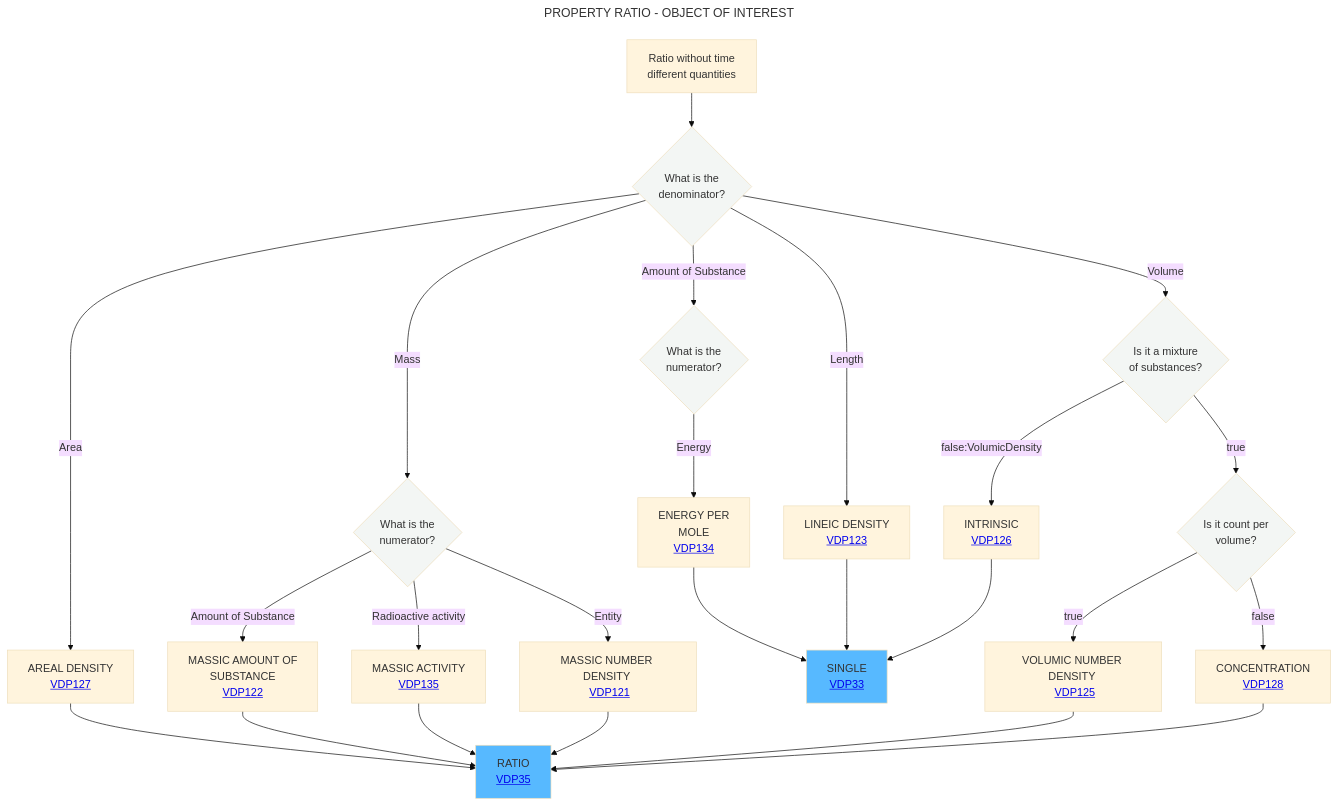
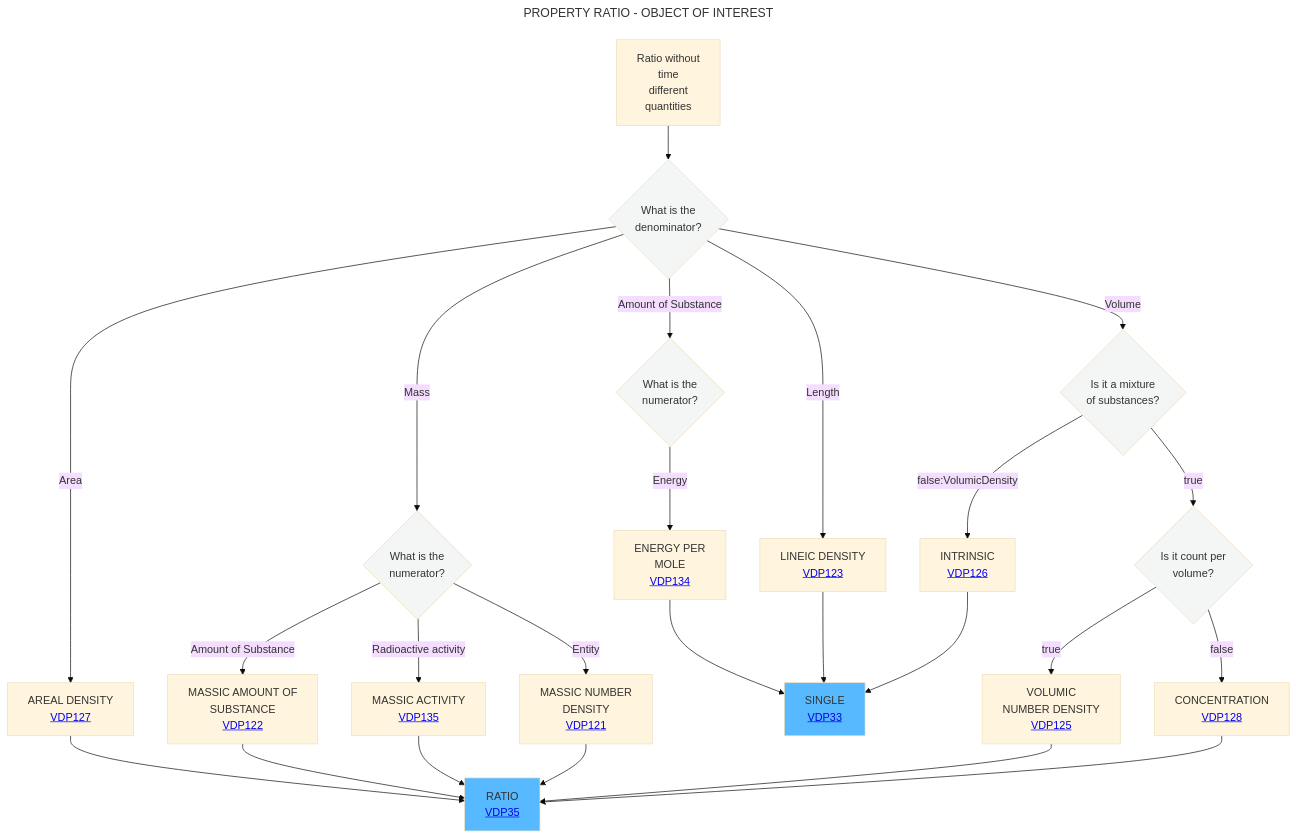
Before and after one commit to mabablue/I-ADOPT-patterns-playground: the diagram in Decision_trees/DT5.mmd, drawn with Mermaid (base theme).

Commit message:
Fix formatting in DT5.mmd flowchart

```diff
--- a/Decision_trees/DT5.mmd
+++ b/Decision_trees/DT5.mmd
@@ -1,31 +1,31 @@
 ---
 title: PROPERTY RATIO - OBJECT OF INTEREST
 ---
 flowchart TD
-    A[Ratio without time <br> different quantities] --> B{What is the <br> denominator?}:::white
+    A[Ratio without <br> time <br> different <br> quantities] --> B{What is the <br> denominator?}:::white
     B -- Area -->C[AREAL DENSITY <br> <a href='https://github.com/mabablue/I-ADOPT-patterns-playground/blob/main/pattern/VDP127.yaml'>VDP127</a>]
     B -- Mass -->E{What is the <br> numerator?}:::white
     B -- Amount of Substance --> R{What is the <br> numerator?}:::white
     B -- Length -->D[LINEIC DENSITY <br> <a href='https://github.com/mabablue/I-ADOPT-patterns-playground/blob/main/pattern/VDP123.yaml'>VDP123</a>]
     E -- Amount of Substance --> P[MASSIC AMOUNT OF <br> SUBSTANCE <br> <a href='https://github.com/mabablue/I-ADOPT-patterns-playground/blob/main/pattern/VDP122.yaml'>VDP122</a>]
     E -- Radioactive activity --> Q[MASSIC ACTIVITY <br> <a href='https://github.com/mabablue/I-ADOPT-patterns-playground/blob/main/pattern/VDP135.yaml'>VDP135</a>]
-    E -- Entity --> L[MASSIC NUMBER DENSITY <br> <a href='https://github.com/mabablue/I-ADOPT-patterns-playground/blob/main/pattern/VDP121.yaml'>VDP121</a>]
+    E -- Entity --> L[MASSIC NUMBER  <br> DENSITY <br> <a href='https://github.com/mabablue/I-ADOPT-patterns-playground/blob/main/pattern/VDP121.yaml'>VDP121</a>]
     B -- Volume -->G{Is it a mixture <br> of substances?}:::white
     G -- false:VolumicDensity-->H[INTRINSIC <br> <a href='https://github.com/mabablue/I-ADOPT-patterns-playground/blob/main/pattern/VDP126.yaml'>VDP126</a>]
     G--> |true|J{Is it count per <br>  volume?}:::white
-    J --> |true|I[VOLUMIC NUMBER DENSITY <br> <a href='https://github.com/mabablue/I-ADOPT-patterns-playground/blob/main/pattern/VDP125.yaml'>VDP125</a>]
+    J --> |true|I[VOLUMIC <br> NUMBER DENSITY <br> <a href='https://github.com/mabablue/I-ADOPT-patterns-playground/blob/main/pattern/VDP125.yaml'>VDP125</a>]
     J --> |false|M[CONCENTRATION <br> <a href='https://github.com/mabablue/I-ADOPT-patterns-playground/blob/main/pattern/VDP128.yaml'>VDP128</a>]
     I --> N
     C --> N[RATIO <br> <a href='https://github.com/mabablue/I-ADOPT-patterns-playground/blob/main/pattern/VDP35.yaml'>VDP35</a>]:::satblue
     D --> O[SINGLE <br> <a href='https://github.com/mabablue/I-ADOPT-patterns-playground/blob/main/pattern/VDP33.yaml'>VDP33</a>]:::satblue
     R -- Energy --> S[ENERGY PER <br> MOLE <br> <a href='https://github.com/mabablue/I-ADOPT-patterns-playground/blob/main/pattern/VDP134.yaml'>VDP134</a>]
     H --> O
     P --> N
     M --> N
     S --> O
     Q --> N
     L --> N
    classDef blue fill:#90D5FF
    classDef satblue fill:#57B9FF 
    classDef white fill:#f3f6f4
    classDef green fill:#6aa84f
```
